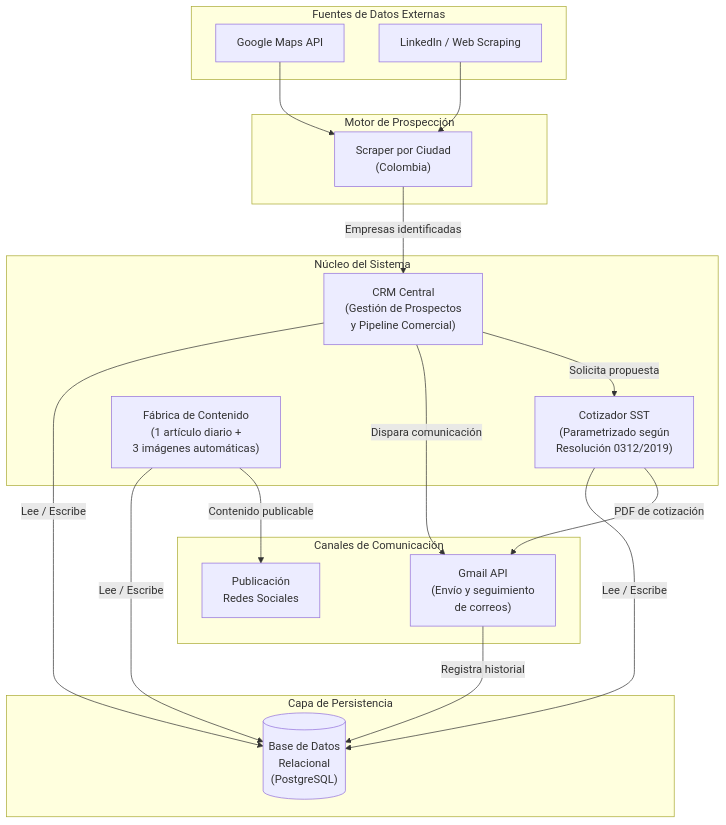
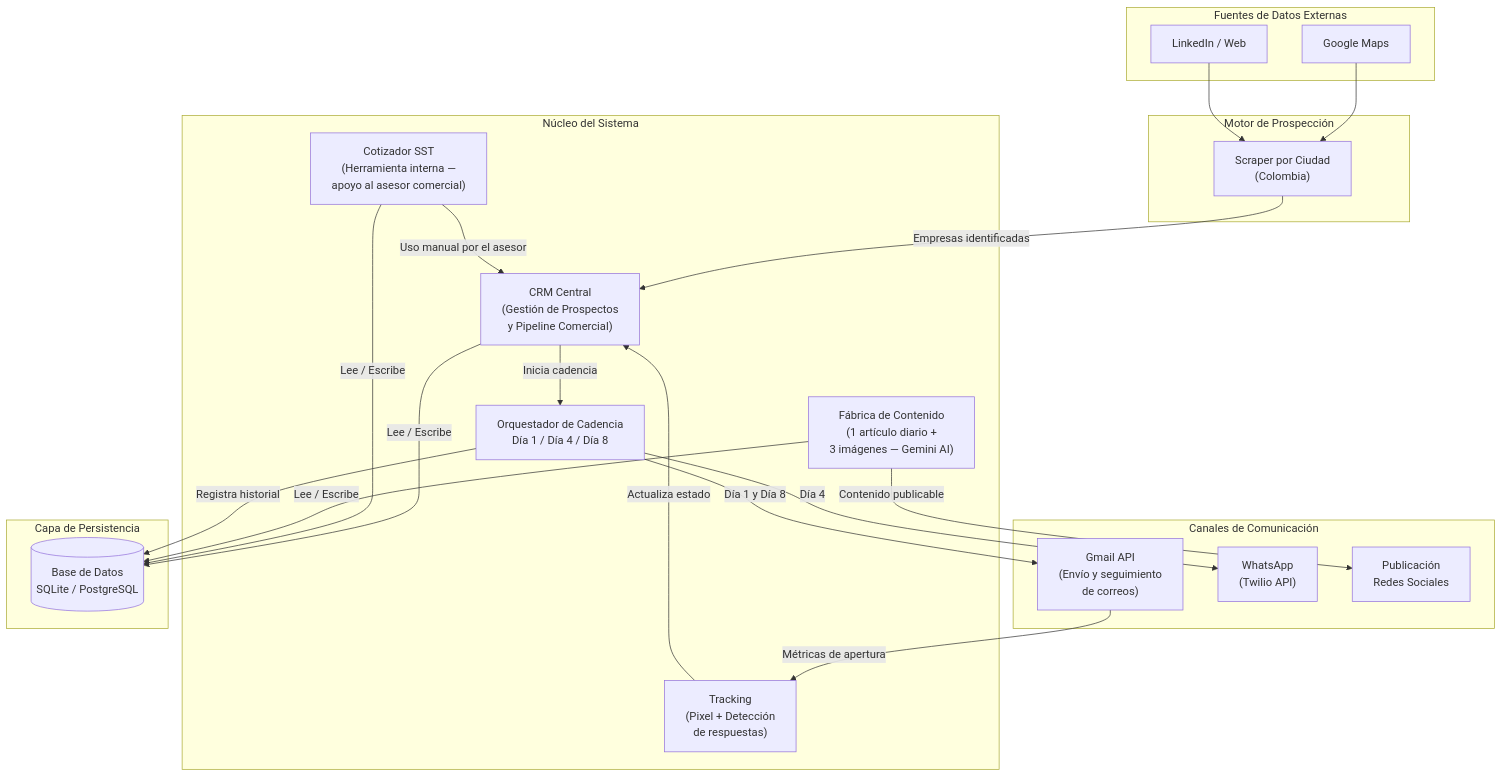
The first of 3 diagrams in docs/arquitectura_y_diseno.md (taniagisel2026-hub/SOFTWARE-COMERCIAL), drawn with Mermaid before and after one commit. The commit also changed other lines of this file, not shown here.

First line of the commit message:
docs: actualiza arquitectura v1.1 con stack real y flujo comercial correcto

````diff
--- a/docs/arquitectura_y_diseno.md
+++ b/docs/arquitectura_y_diseno.md
@@ -29,38 +29,44 @@
 ```mermaid
 graph TD
     subgraph FUENTES["Fuentes de Datos Externas"]
-        GM[Google Maps API]
-        LI[LinkedIn / Web Scraping]
+        GM[Google Maps]
+        LI[LinkedIn / Web]
     end
 
     subgraph MOTOR_PROSPECCION["Motor de Prospección"]
         SCRAPER["Scraper por Ciudad\n(Colombia)"]
         GM --> SCRAPER
         LI --> SCRAPER
     end
 
     subgraph NUCLEO["Núcleo del Sistema"]
         CRM["CRM Central\n(Gestión de Prospectos\ny Pipeline Comercial)"]
-        COTIZADOR["Cotizador SST\n(Parametrizado según\nResolución 0312/2019)"]
-        FABRICA["Fábrica de Contenido\n(1 artículo diario +\n3 imágenes automáticas)"]
+        COTIZADOR["Cotizador SST\n(Herramienta interna —\napoyo al asesor comercial)"]
+        OUTREACH["Orquestador de Cadencia\nDía 1 / Día 4 / Día 8"]
+        FABRICA["Fábrica de Contenido\n(1 artículo diario +\n3 imágenes — Gemini AI)"]
+        TRACKING["Tracking\n(Pixel + Detección\nde respuestas)"]
     end
 
     subgraph COMUNICACION["Canales de Comunicación"]
         GMAIL["Gmail API\n(Envío y seguimiento\nde correos)"]
+        WHATSAPP["WhatsApp\n(Twilio API)"]
         RRSS["Publicación\nRedes Sociales"]
     end
 
     subgraph ALMACENAMIENTO["Capa de Persistencia"]
-        DB[("Base de Datos\nRelacional\n(PostgreSQL)")]
+        DB[("Base de Datos\nSQLite / PostgreSQL")]
     end
 
     SCRAPER -->|"Empresas identificadas"| CRM
-    CRM -->|"Solicita propuesta"| COTIZADOR
-    CRM -->|"Dispara comunicación"| GMAIL
-    COTIZADOR -->|"PDF de cotización"| GMAIL
+    CRM -->|"Inicia cadencia"| OUTREACH
+    OUTREACH -->|"Día 1 y Día 8"| GMAIL
+    OUTREACH -->|"Día 4"| WHATSAPP
+    GMAIL -->|"Métricas de apertura"| TRACKING
+    TRACKING -->|"Actualiza estado"| CRM
+    COTIZADOR -->|"Uso manual por el asesor"| CRM
     FABRICA -->|"Contenido publicable"| RRSS
     CRM -->|"Lee / Escribe"| DB
     COTIZADOR -->|"Lee / Escribe"| DB
     FABRICA -->|"Lee / Escribe"| DB
-    GMAIL -->|"Registra historial"| DB
+    OUTREACH -->|"Registra historial"| DB
 ```
````
